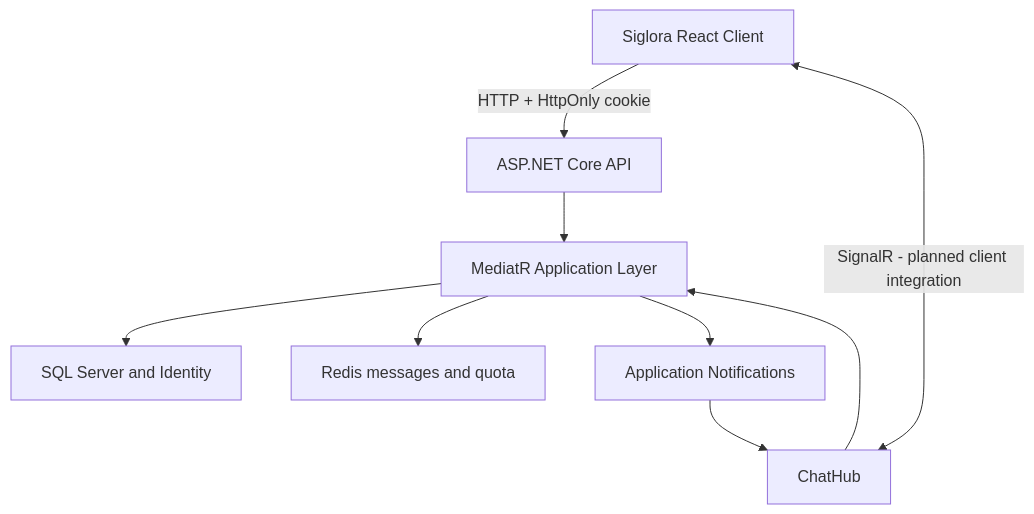
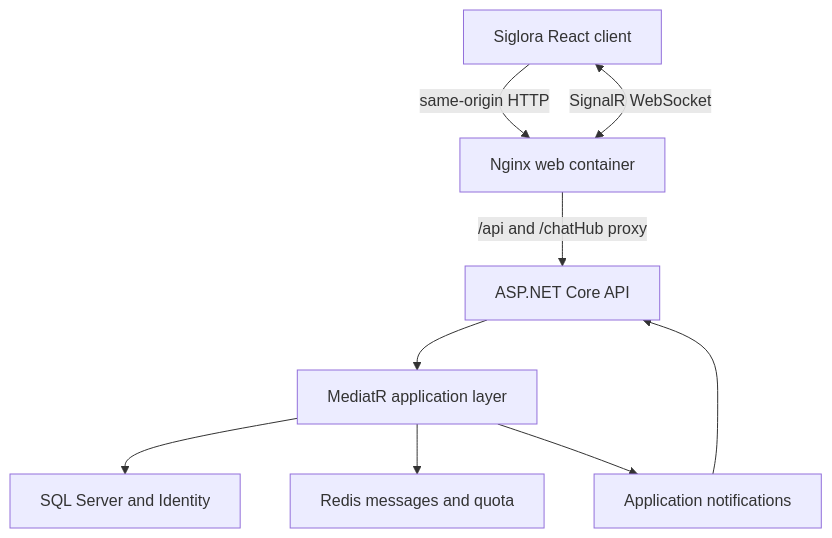
One commit to Ekrem-Gungor/dotnet-realtime-chat changed the diagram in README.md. Above: the diagram before and after it, drawn with Mermaid. The commit also changed other lines of this file and 17 other files, not shown here.

````diff
--- a/README.md
+++ b/README.md
@@ -55,11 +22,11 @@
 ```mermaid
 flowchart TB
-    UI["Siglora React Client"] -->|"HTTP + HttpOnly cookie"| API["ASP.NET Core API"]
-    UI <-->|"SignalR - planned client integration"| HUB["ChatHub"]
-    API --> APP["MediatR Application Layer"]
-    HUB --> APP
-    APP --> SQL["SQL Server and Identity"]
-    APP --> REDIS["Redis messages and quota"]
-    APP --> EVENTS["Application Notifications"]
-    EVENTS --> HUB
+    Browser["Siglora React client"] -->|"same-origin HTTP"| Web["Nginx web container"]
+    Browser <-->|"SignalR WebSocket"| Web
+    Web -->|"/api and /chatHub proxy"| API["ASP.NET Core API"]
+    API --> App["MediatR application layer"]
+    App --> SQL["SQL Server and Identity"]
+    App --> Redis["Redis messages and quota"]
+    App --> Events["Application notifications"]
+    Events --> API
 ```
````
